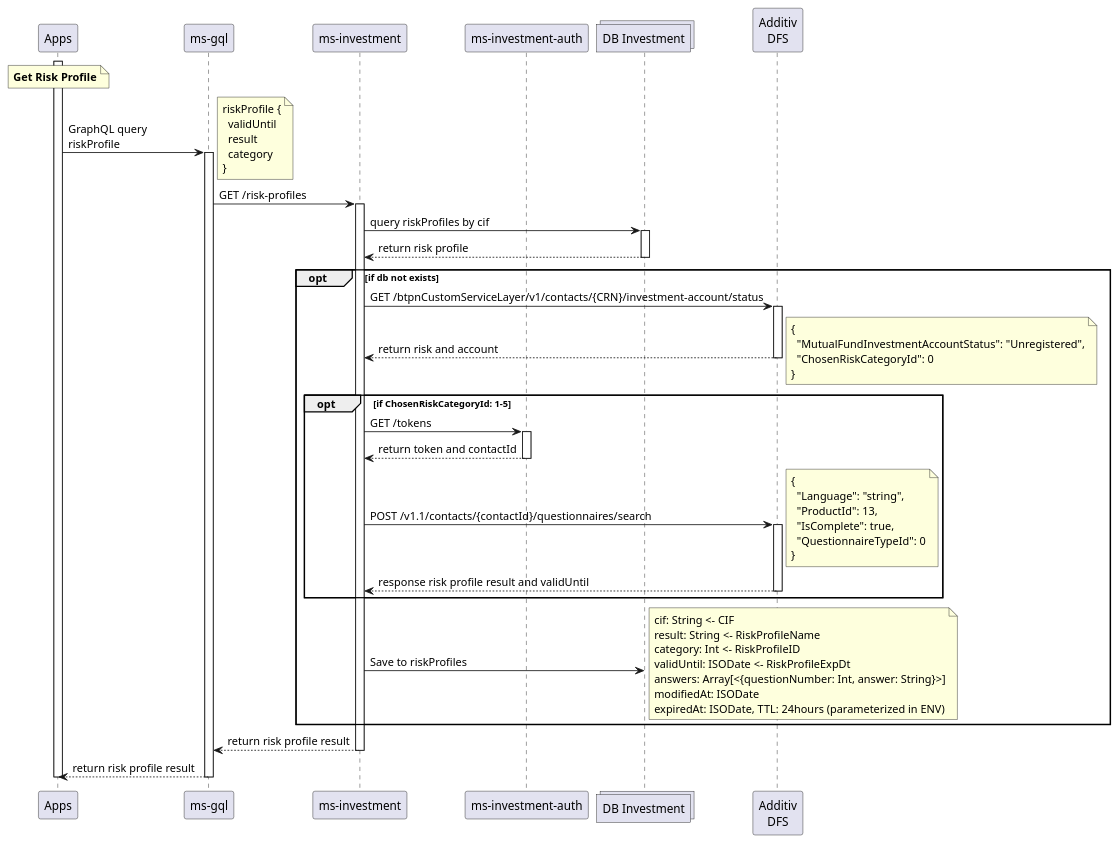
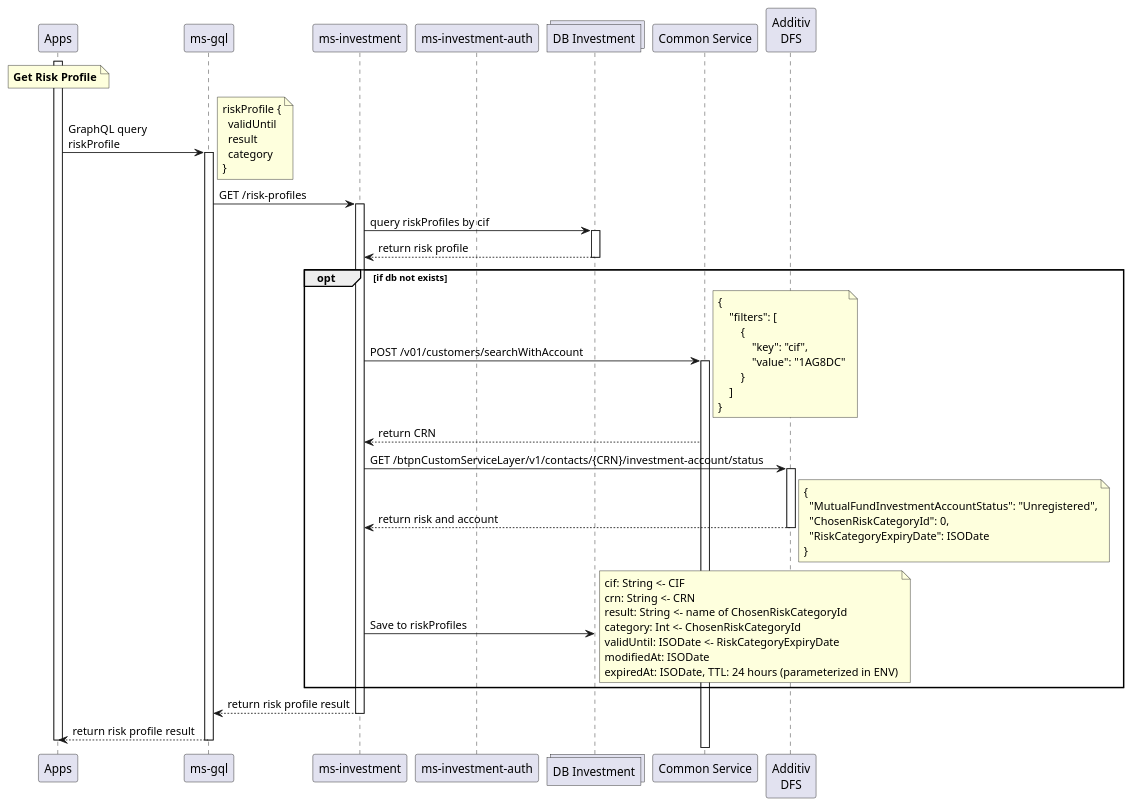
One commit to iksena/jenius-uml changed the diagram in jeniusDfs/jenius_getRiskProfiles.puml. Above: the diagram before and after it, drawn with PlantUML. The commit also changed 12 other files, not shown here.

Commit message:
create some flows dfs

```diff
--- a/jeniusDfs/jenius_getRiskProfiles.puml
+++ b/jeniusDfs/jenius_getRiskProfiles.puml
@@ -1,71 +1,68 @@
-@startuml risk profiles
+@startuml get risk profiles
 participant "Apps" as app
 participant "ms-gql" as gql
 participant "ms-investment" as ms
 participant "ms-investment-auth" as auth
 collections "DB Investment" as db
+participant "Common Service" as cs
 participant "Additiv\nDFS" as dfs
 
 activate app
 note over app: **Get Risk Profile**
 app -> gql: GraphQL query\nriskProfile
 activate gql
 note right
 riskProfile {
   validUntil
   result
   category
 }
 end note
 gql -> ms: GET /risk-profiles
 activate ms
 ms -> db: query riskProfiles by cif
 activate db
 db --> ms: return risk profile
 deactivate db
 opt if db not exists
+ms -> cs: POST /v01/customers/searchWithAccount
+note right
+{
+    "filters": [
+        {
+            "key": "cif", 
+            "value": "1AG8DC"
+        }
+    ]
+}
+end note
+activate cs
+cs --> ms: return CRN
 ms -> dfs: GET /btpnCustomServiceLayer/v1/contacts/{CRN}/investment-account/status
 activate dfs
 dfs --> ms: return risk and account
 note right
 {
   "MutualFundInvestmentAccountStatus": "Unregistered",
-  "ChosenRiskCategoryId": 0
+  "ChosenRiskCategoryId": 0,
+  "RiskCategoryExpiryDate": ISODate
 }
 end note
 deactivate dfs
-opt if ChosenRiskCategoryId: 1-5
-ms -> auth: GET /tokens
-activate auth
-auth --> ms: return token and contactId
-deactivate auth
-ms -> dfs: POST /v1.1/contacts/{contactId}/questionnaires/search
-note right
-{
-  "Language": "string",
-  "ProductId": 13,
-  "IsComplete": true,
-  "QuestionnaireTypeId": 0
-}
-end note
-activate dfs
-dfs --> ms: response risk profile result and validUntil
-deactivate dfs
-end
 ms -> db: Save to riskProfiles
 note right
 cif: String <- CIF
-result: String <- RiskProfileName
-category: Int <- RiskProfileID
-validUntil: ISODate <- RiskProfileExpDt
-answers: Array[<{questionNumber: Int, answer: String}>]
+crn: String <- CRN
+result: String <- name of ChosenRiskCategoryId
+category: Int <- ChosenRiskCategoryId
+validUntil: ISODate <- RiskCategoryExpiryDate
 modifiedAt: ISODate
-expiredAt: ISODate, TTL: 24hours (parameterized in ENV)
+expiredAt: ISODate, TTL: 24 hours (parameterized in ENV)
 end note
 end
 ms --> gql: return risk profile result
 deactivate ms
 gql --> app: return risk profile result
 deactivate gql
 deactivate app
 @enduml
```
